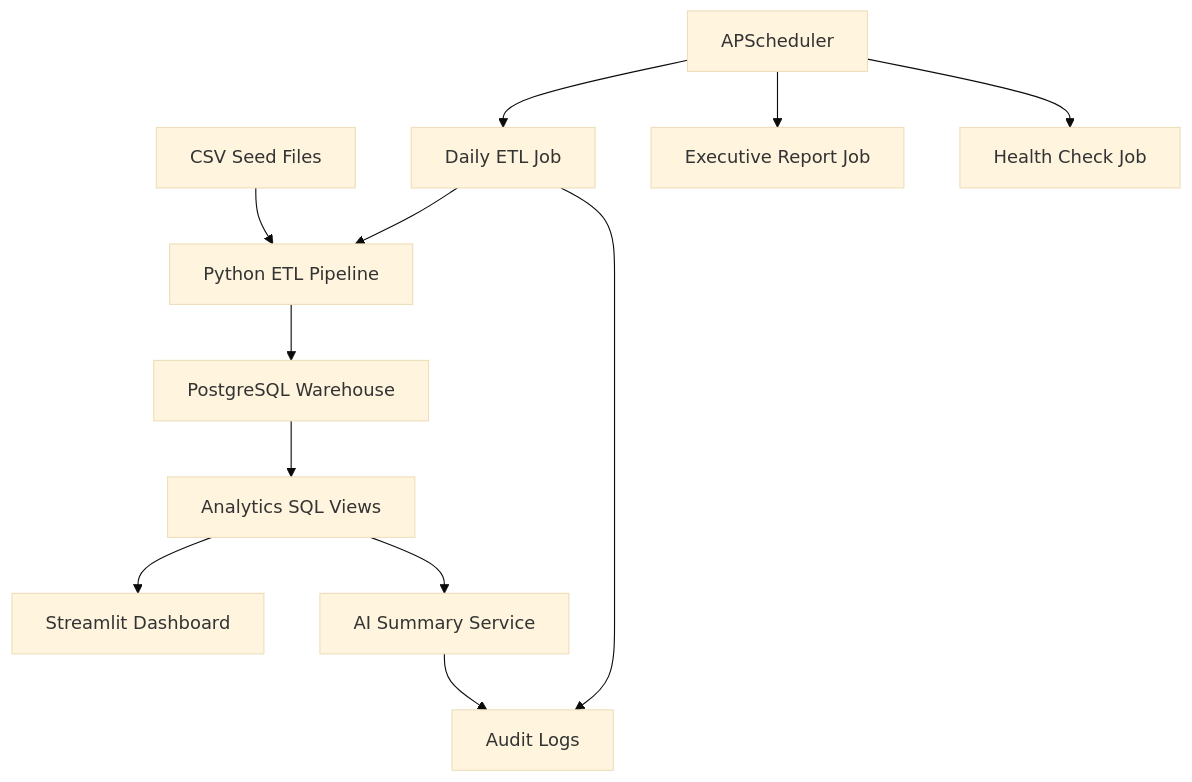
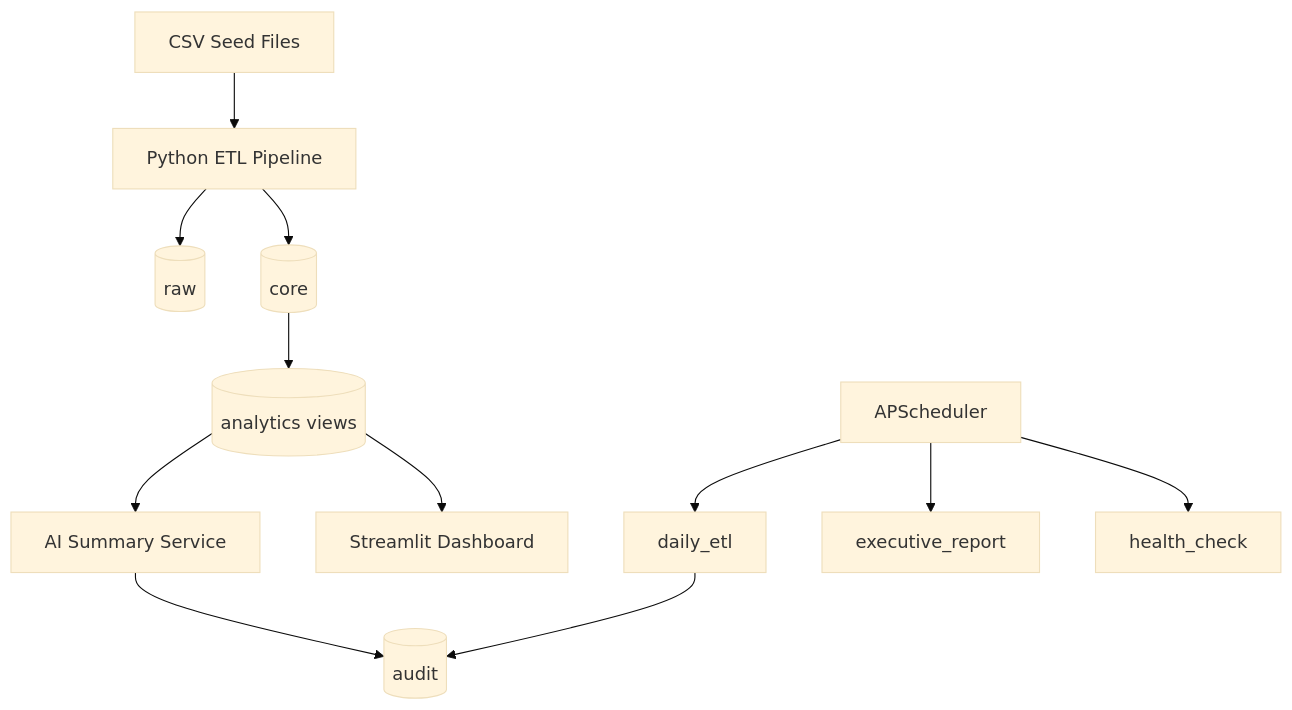
Before and after one commit to akshaya-polepalli/retail-analytics-bi-platform: the diagram in README.md, drawn with Mermaid (base theme). The commit also changed other lines of this file, not shown here.

Commit message:
Restore original layered architecture diagram in README.

````diff
--- a/README.md
+++ b/README.md
@@ -51,14 +38,14 @@
 ```mermaid
-flowchart TD
-    A[CSV Seed Files] --> B[Python ETL Pipeline]
-    B --> C[PostgreSQL Warehouse]
-    C --> D[Analytics SQL Views]
-    E[APScheduler] --> F[Daily ETL Job]
-    E --> G[Executive Report Job]
-    E --> H[Health Check Job]
-    F --> B
-    D --> I[Streamlit Dashboard]
-    D --> J[AI Summary Service]
-    J --> K[Audit Logs]
-    F --> K
+flowchart TB
+    CSV[CSV Seed Files] --> ETL[Python ETL Pipeline]
+    ETL --> RAW[(raw)]
+    ETL --> CORE[(core)]
+    CORE --> VIEWS[("analytics views")]
+    SCHED[APScheduler] --> ETLJOB[daily_etl]
+    SCHED --> RPT[executive_report]
+    SCHED --> HC[health_check]
+    VIEWS --> AI[AI Summary Service]
+    VIEWS --> DASH[Streamlit Dashboard]
+    AI --> AUDIT[(audit)]
+    ETLJOB --> AUDIT
 ```
````
